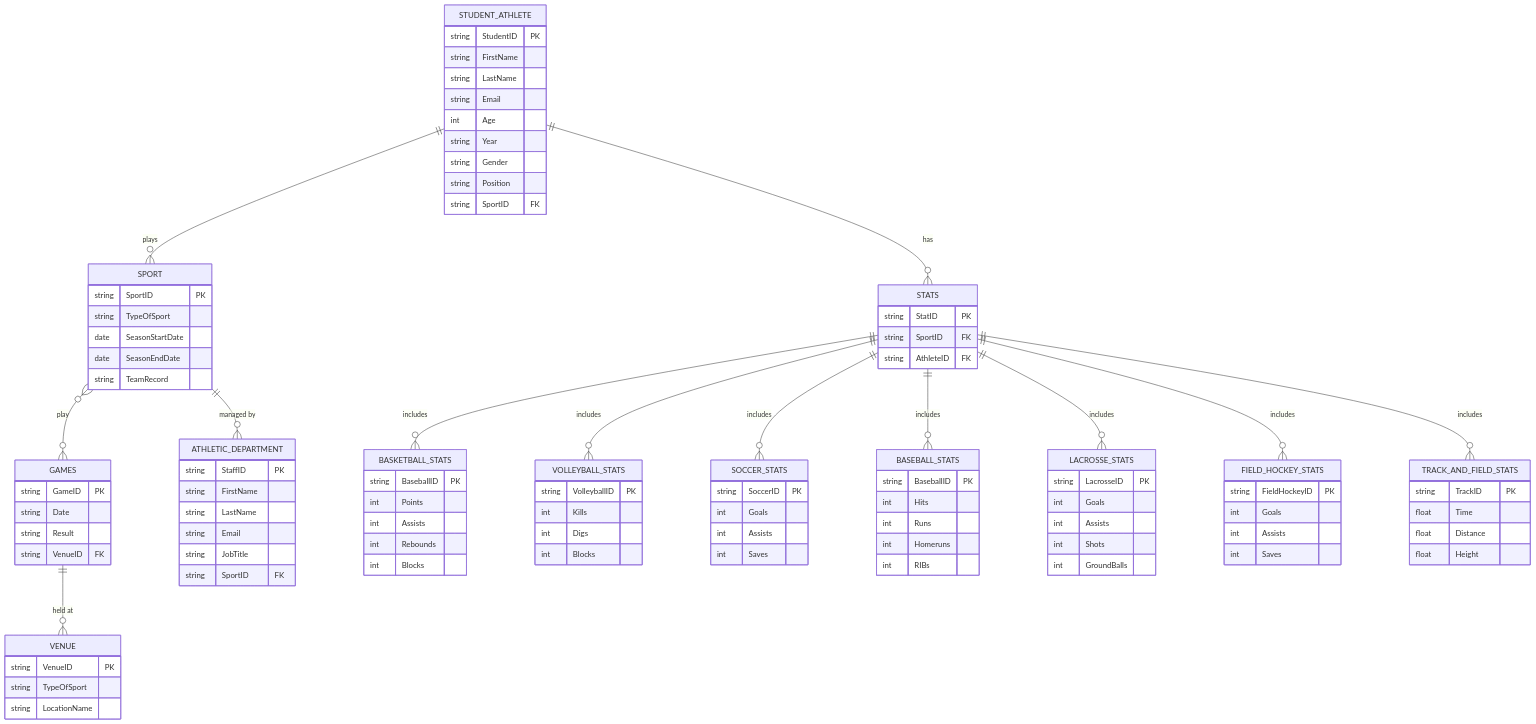
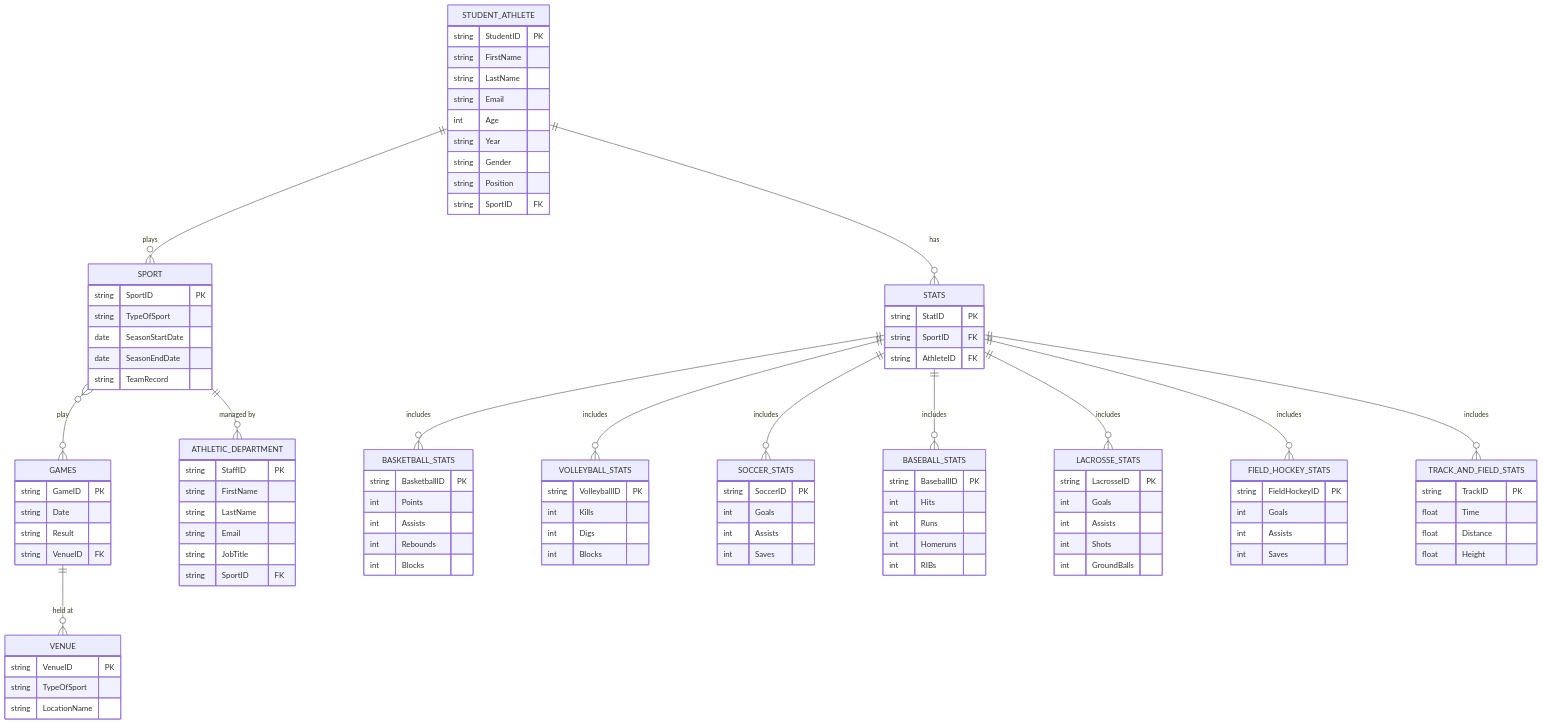
Before and after one commit to andersones3/RamsNationData: the diagram in report.qmd, drawn with Mermaid. The commit also changed other lines of this file, not shown here.

```diff
--- a/report.qmd
+++ b/report.qmd
@@ -114,7 +114,7 @@
     }
 
     BASKETBALL_STATS {
-        string BaseballID PK
+        string BasketballID PK
         int Points
         int Assists
         int Rebounds
```
